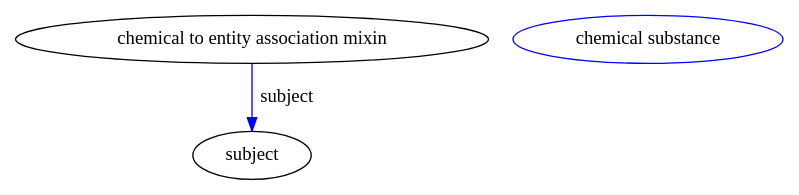
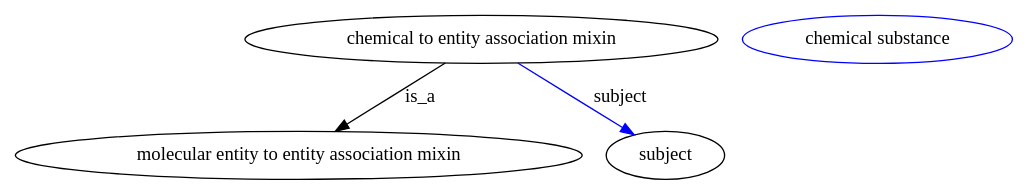
One commit to biolink/biolink-model changed the diagram in graphviz/chemical_to_entity_association_mixin.gv. Above: the diagram before and after it, drawn with Graphviz. The commit also changed 113 other files, not shown here.

```diff
--- a/graphviz/chemical_to_entity_association_mixin.gv
+++ b/graphviz/chemical_to_entity_association_mixin.gv
@@ -1,21 +1,27 @@
 digraph {
-	graph [bb="0,0,456.03,123"];
+	graph [bb="0,0,590.38,123"];
 	node [label="\N"];
 	"chemical to entity association mixin"	 [height=0.5,
 		label="chemical to entity association mixin",
-		pos="139.74,105",
+		pos="274.09,105",
 		width=3.8816];
+	"molecular entity to entity association mixin"	 [height=0.5,
+		pos="165.09,18",
+		width=4.5857];
+	"chemical to entity association mixin" -> "molecular entity to entity association mixin"	 [label=is_a,
+		lp="238.09,61.5",
+		pos="e,187.75,36.091 251.76,87.184 235.56,74.251 213.44,56.599 195.61,42.362"];
 	subject	 [height=0.5,
-		pos="139.74,18",
+		pos="384.09,18",
 		width=0.99297];
 	"chemical to entity association mixin" -> subject	 [color=blue,
 		label=subject,
-		lp="159.24,61.5",
-		pos="e,139.74,36.003 139.74,86.974 139.74,75.192 139.74,59.561 139.74,46.158",
+		lp="355.59,61.5",
+		pos="e,364.54,33.462 296.61,87.184 313.94,73.475 337.98,54.464 356.47,39.838",
 		style=solid];
 	"chemical to entity association mixin_subject"	 [color=blue,
 		height=0.5,
 		label="chemical substance",
-		pos="376.74,105",
+		pos="511.09,105",
 		width=2.2026];
 }
```
